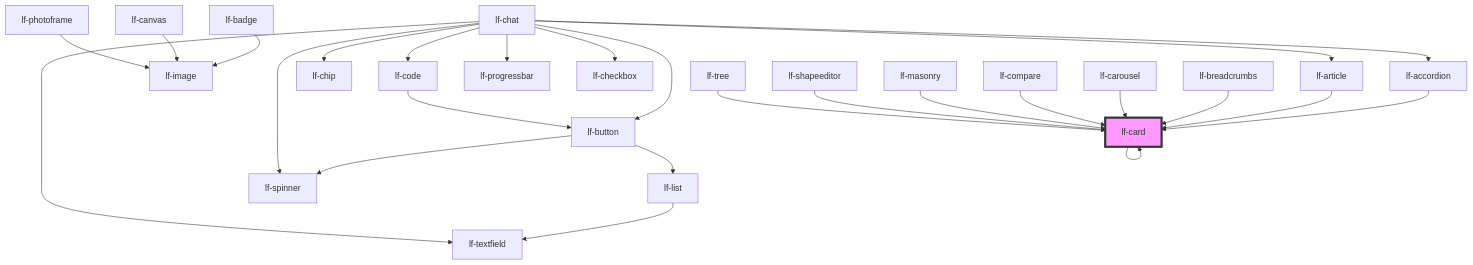
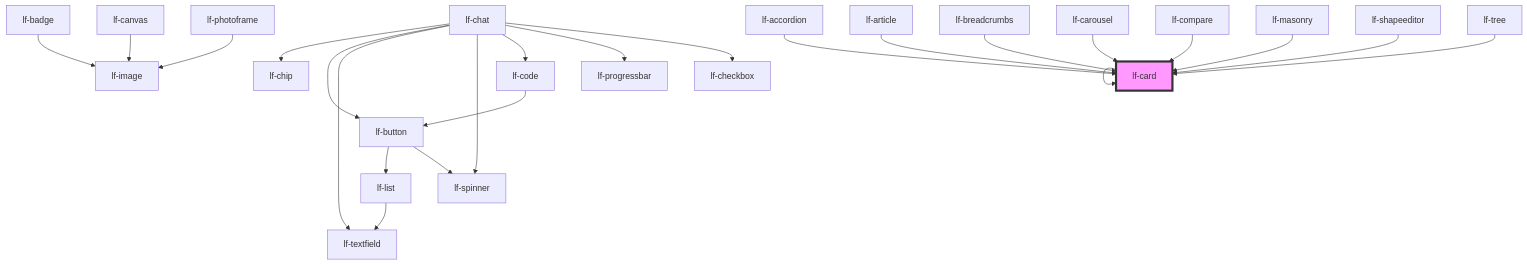
Before and after one commit to lucafoscili/lf-widgets: the diagram in packages/core/src/components/lf-card/readme.md, drawn with Mermaid. The commit also changed 21 other files, not shown here.

````diff
--- a/packages/core/src/components/lf-card/readme.md
+++ b/packages/core/src/components/lf-card/readme.md
@@ -140,29 +140,27 @@
 ```mermaid
 graph TD;
   lf-card --> lf-card
   lf-accordion --> lf-card
   lf-badge --> lf-image
   lf-button --> lf-list
   lf-button --> lf-spinner
   lf-list --> lf-textfield
   lf-canvas --> lf-image
-  lf-chat --> lf-spinner
-  lf-chat --> lf-article
-  lf-chat --> lf-accordion
   lf-chat --> lf-chip
   lf-chat --> lf-button
   lf-chat --> lf-textfield
+  lf-chat --> lf-spinner
   lf-chat --> lf-code
   lf-chat --> lf-progressbar
   lf-chat --> lf-checkbox
-  lf-article --> lf-card
   lf-code --> lf-button
   lf-photoframe --> lf-image
+  lf-article --> lf-card
   lf-breadcrumbs --> lf-card
   lf-carousel --> lf-card
   lf-compare --> lf-card
   lf-masonry --> lf-card
   lf-shapeeditor --> lf-card
   lf-tree --> lf-card
   style lf-card fill:#f9f,stroke:#333,stroke-width:4px
 ```
````
